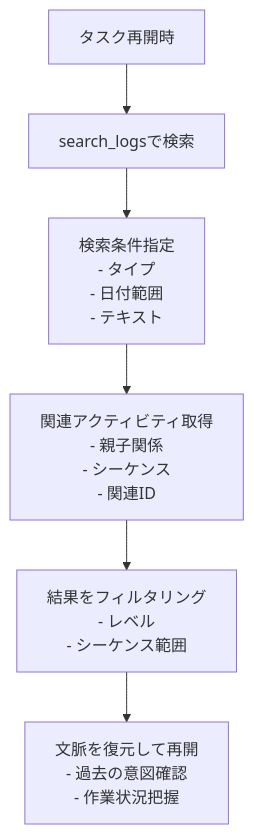
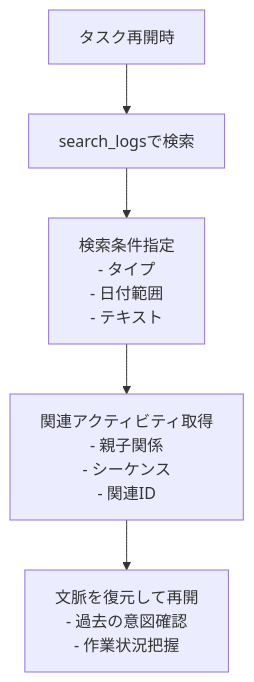
One commit to annenpolka/roo-logger changed the second of 2 diagrams in README.md. Above: the diagram before and after it, drawn with Mermaid.

Commit message:
docs: タスク再開時の履歴検索フローを簡略化

````diff
--- a/README.md
+++ b/README.md
@@ -28,8 +28,7 @@
 ```mermaid
 flowchart TD
     G[タスク再開時] --> H[search_logsで検索]
     H --> I[検索条件指定<br>- タイプ<br>- 日付範囲<br>- テキスト]
     I --> J[関連アクティビティ取得<br>- 親子関係<br>- シーケンス<br>- 関連ID]
-    J --> K[結果をフィルタリング<br>- レベル<br>- シーケンス範囲]
-    K --> L[文脈を復元して再開<br>- 過去の意図確認<br>- 作業状況把握]
+    J --> K[文脈を復元して再開<br>- 過去の意図確認<br>- 作業状況把握]
 ```
````
